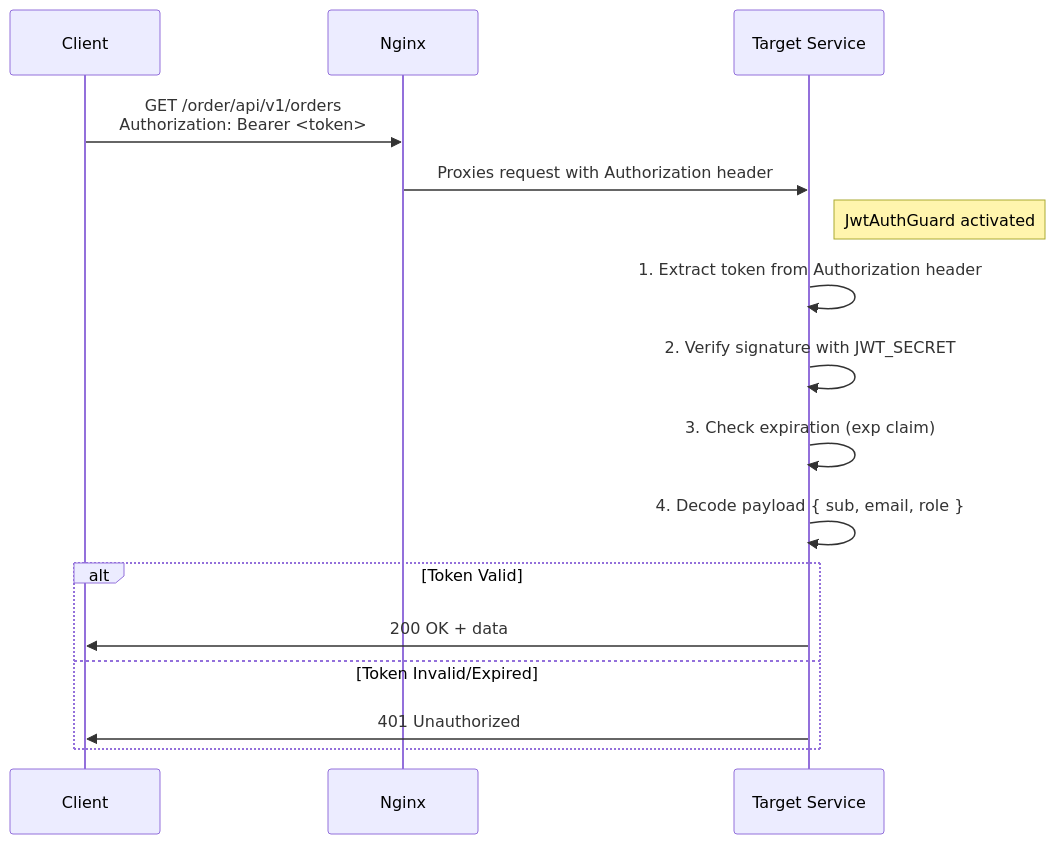
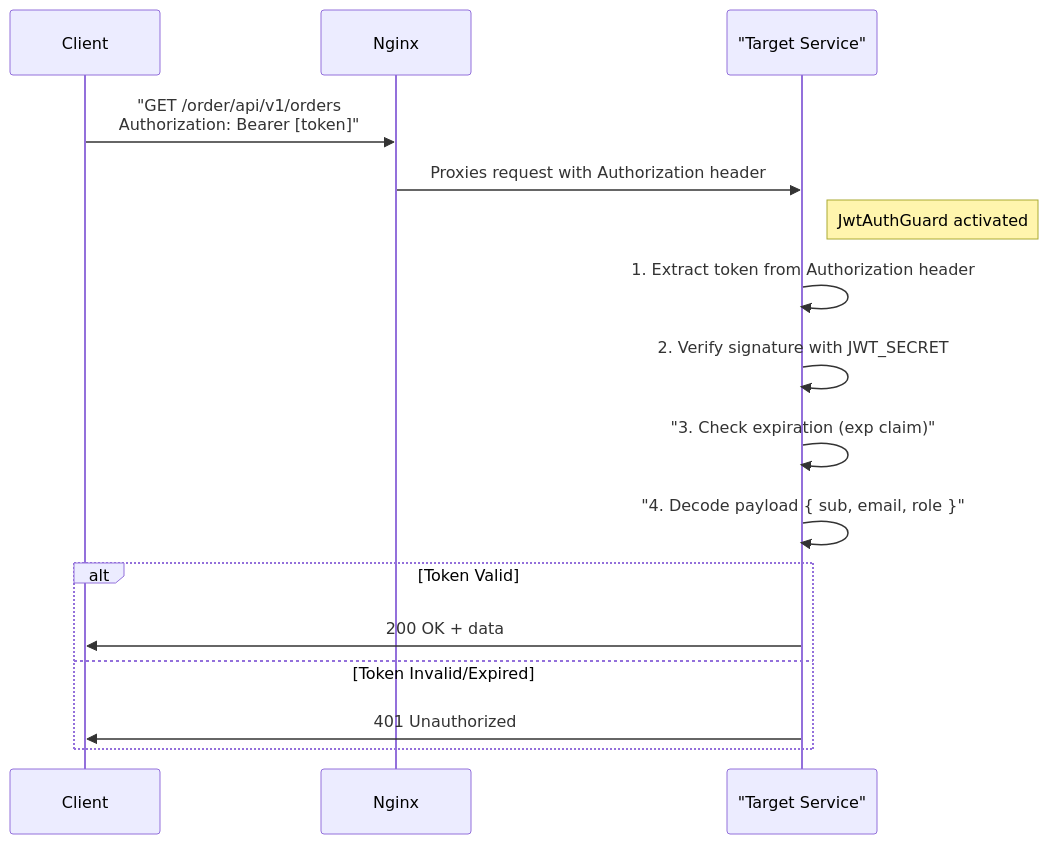
One commit to Food-Delivery-Aggregator/.github changed the third of 21 diagrams in profile/README.md. Above: the diagram before and after it, drawn with Mermaid. The commit also changed other lines of this file, not shown here.

Commit message:
Refactor mermaid diagrams for clarity and consistency

````diff
--- a/profile/README.md
+++ b/profile/README.md
@@ -240,21 +237,21 @@
 ```mermaid
 sequenceDiagram
     participant Client
     participant Nginx
-    participant Service as Target Service
+    participant Service as "Target Service"
 
-    Client->>Nginx: GET /order/api/v1/orders<br/>Authorization: Bearer <token>
+    Client->>Nginx: "GET /order/api/v1/orders<br/>Authorization: Bearer [token]"
     Nginx->>Service: Proxies request with Authorization header
     
     Note right of Service: JwtAuthGuard activated
     Service->>Service: 1. Extract token from Authorization header
     Service->>Service: 2. Verify signature with JWT_SECRET
-    Service->>Service: 3. Check expiration (exp claim)
-    Service->>Service: 4. Decode payload { sub, email, role }
+    Service->>Service: "3. Check expiration (exp claim)"
+    Service->>Service: "4. Decode payload { sub, email, role }"
     
     alt Token Valid
         Service->>Client: 200 OK + data
     else Token Invalid/Expired
         Service->>Client: 401 Unauthorized
     end
 ```
````
